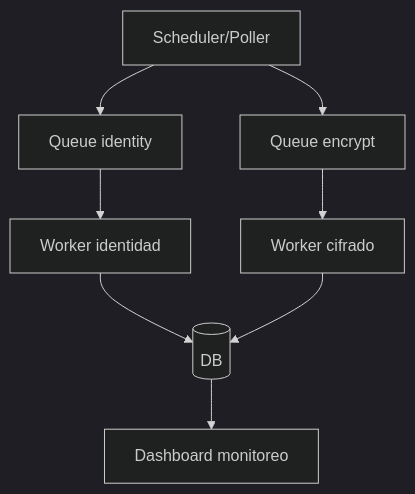
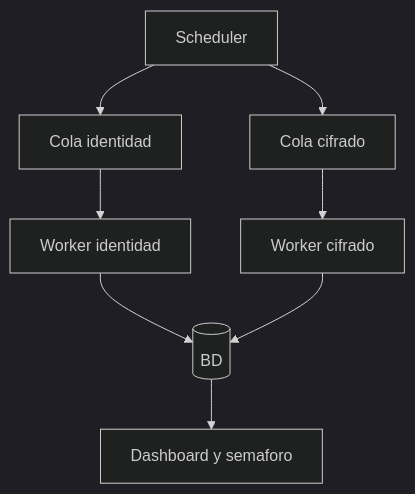
One commit to Robertoart13/NewKipital changed the diagram in docs/11-operacion-automatizaciones/OPERACION-AUTOMATIZACIONES-CONSOLIDADO.md. Above: the diagram before and after it, drawn with Mermaid (dark theme). The commit also changed other lines of this file and 119 other files, not shown here.

````diff
--- a/docs/11-operacion-automatizaciones/OPERACION-AUTOMATIZACIONES-CONSOLIDADO.md
+++ b/docs/11-operacion-automatizaciones/OPERACION-AUTOMATIZACIONES-CONSOLIDADO.md
@@ -6,10 +7,10 @@
 ```mermaid
 flowchart TB
-  A[Scheduler/Poller] --> B[Queue identity]
-  A --> C[Queue encrypt]
+  A[Scheduler] --> B[Cola identidad]
+  A --> C[Cola cifrado]
   B --> D[Worker identidad]
   C --> E[Worker cifrado]
-  D --> F[(DB)]
+  D --> F[(BD)]
   E --> F
-  F --> G[Dashboard monitoreo]
+  F --> G[Dashboard y semaforo]
 ```
````
